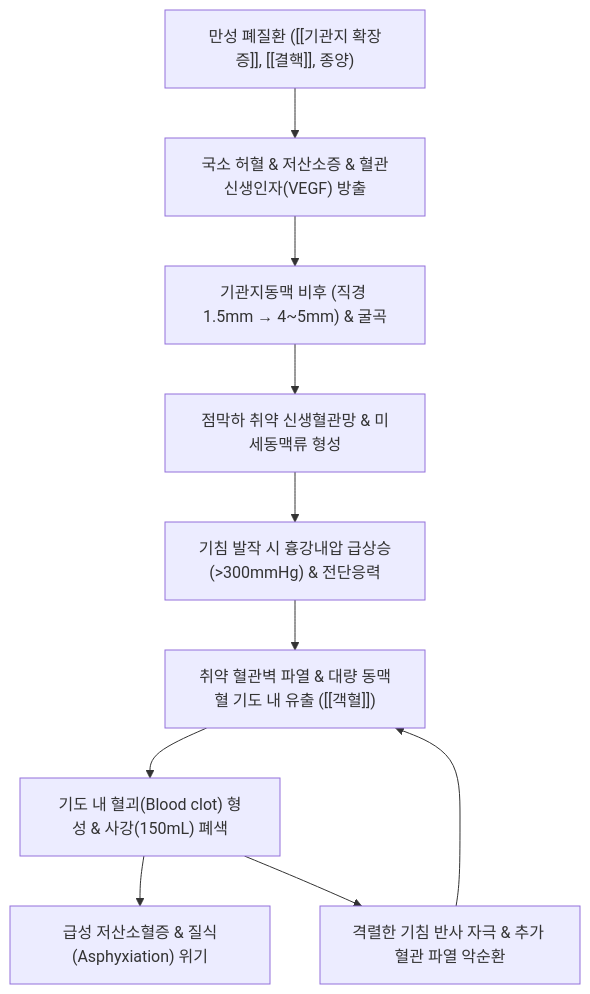
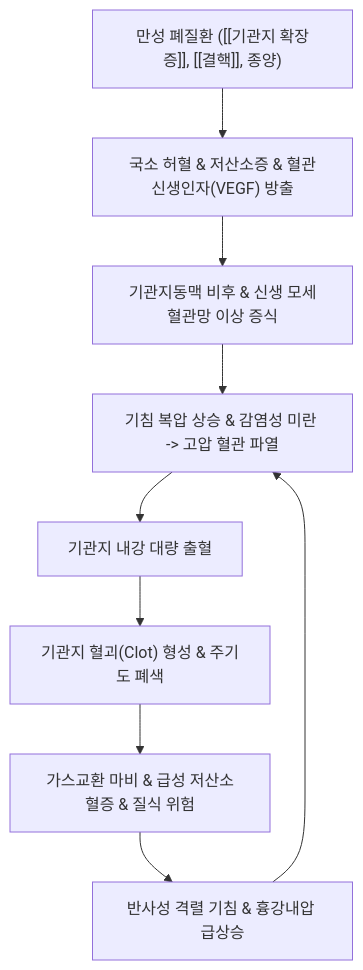
One commit to simbio11/simbio-digital-garden2 changed the diagram in content/3. 이론 공부/질환/호흡기 질환/기관지·폐/객혈.md. Above: the diagram before and after it, drawn with Mermaid. The commit also changed other lines of this file and 86 other files, not shown here.

````diff
--- a/content/3. 이론 공부/질환/호흡기 질환/기관지·폐/객혈.md
+++ b/content/3. 이론 공부/질환/호흡기 질환/기관지·폐/객혈.md
@@ -58,12 +54,11 @@
 ```mermaid
 graph TD
     ChronicInfection["만성 폐질환 ([[기관지 확장증]], [[결핵]], 종양)"] --> Hypoxia["국소 허혈 & 저산소증 & 혈관신생인자(VEGF) 방출"]
-    Hypoxia --> Hypertrophy["기관지동맥 비후 (직경 1.5mm → 4~5mm) & 굴곡"]
-    Hypertrophy --> Neovascular["점막하 취약 신생혈관망 & 미세동맥류 형성"]
-    Neovascular --> ShearStress["기침 발작 시 흉강내압 급상승(>300mmHg) & 전단응력"]
-    ShearStress --> Rupture["취약 혈관벽 파열 & 대량 동맥혈 기도 내 유출 ([[객혈]])"]
-    Rupture --> ClotFormation["기도 내 혈괴(Blood clot) 형성 & 사강(150mL) 폐색"]
-    ClotFormation --> Asphyxia["급성 저산소혈증 & 질식(Asphyxiation) 위기"]
-    ClotFormation --> CoughTrigger["격렬한 기침 반사 자극 & 추가 혈관 파열 악순환"]
-    CoughTrigger --> Rupture
+    Hypoxia --> Hypertrophy["기관지동맥 비후 & 신생 모세혈관망 이상 증식"]
+    Hypertrophy --> Rupture["기침 복압 상승 & 감염성 미란 -> 고압 혈관 파열"]
+    Rupture --> Hemorrhage["기관지 내강 대량 출혈"]
+    Hemorrhage --> ClotObstruction["기관지 혈괴(Clot) 형성 & 주기도 폐색"]
+    ClotObstruction --> Asphyxiation["가스교환 마비 & 급성 저산소혈증 & 질식 위험"]
+    Asphyxiation --> ViolentCough["반사성 격렬 기침 & 흉강내압 급상승"]
+    ViolentCough --> Rupture
 ```
````
